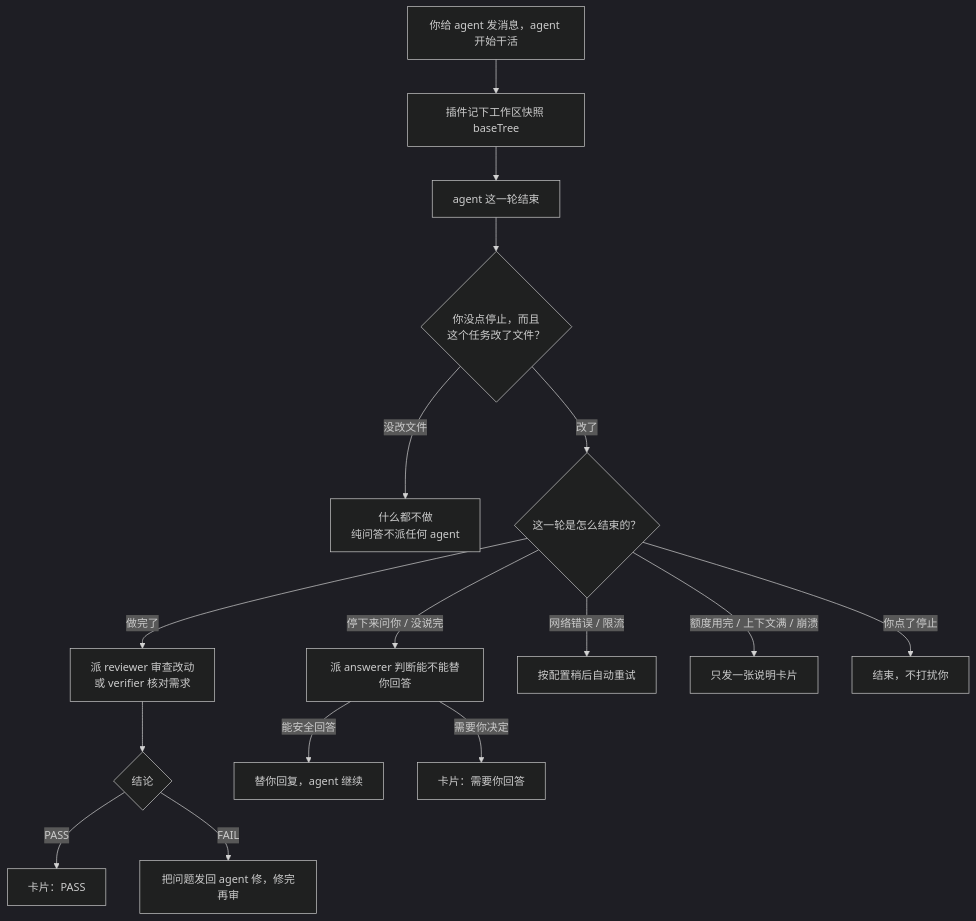
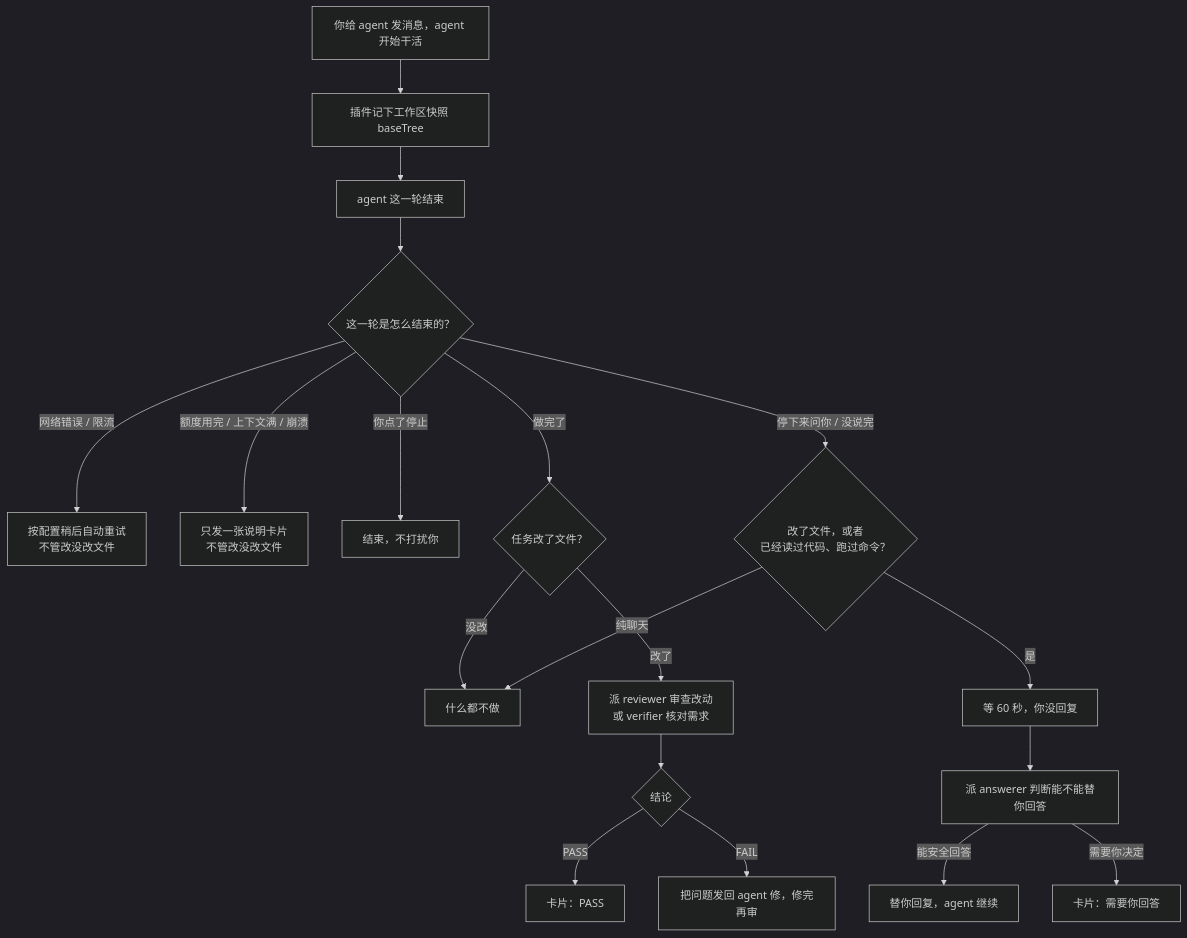
One commit to XUJiahua/paseo-post-turn-gate-plugin changed the first of 12 diagrams in docs/workflow.md. Above: the diagram before and after it, drawn with Mermaid (dark theme). The commit also changed other lines of this file and 15 other files, not shown here.

````diff
--- a/docs/workflow.md
+++ b/docs/workflow.md
@@ -20,18 +20,21 @@
 ```mermaid
 flowchart TD
   A[你给 agent 发消息，agent 开始干活] --> B[插件记下工作区快照 baseTree]
   B --> C[agent 这一轮结束]
-  C --> C1{"你没点停止，而且<br/>这个任务改了文件？"}
-  C1 -- 没改文件 --> N[什么都不做<br/>纯问答不派任何 agent]
-  C1 -- 改了 --> D{这一轮是怎么结束的？}
-  D -- 做完了 --> R[派 reviewer 审查改动<br/>或 verifier 核对需求]
-  D -- 停下来问你 / 没说完 --> Q[派 answerer 判断能不能替你回答]
-  D -- 网络错误 / 限流 --> T[按配置稍后自动重试]
-  D -- 额度用完 / 上下文满 / 崩溃 --> X[只发一张说明卡片]
+  C --> D{这一轮是怎么结束的？}
+  D -- 网络错误 / 限流 --> T[按配置稍后自动重试<br/>不管改没改文件]
+  D -- 额度用完 / 上下文满 / 崩溃 --> X[只发一张说明卡片<br/>不管改没改文件]
   D -- 你点了停止 --> S[结束，不打扰你]
+  D -- 做完了 --> C1{任务改了文件？}
+  C1 -- 没改 --> N[什么都不做]
+  C1 -- 改了 --> R[派 reviewer 审查改动<br/>或 verifier 核对需求]
+  D -- 停下来问你 / 没说完 --> C2{"改了文件，或者<br/>已经读过代码、跑过命令？"}
+  C2 -- 纯聊天 --> N
+  C2 -- 是 --> W[等 60 秒，你没回复]
+  W --> Q[派 answerer 判断能不能替你回答]
   R --> V{结论}
   V -- PASS --> P[卡片：PASS]
   V -- FAIL --> F[把问题发回 agent 修，修完再审]
   Q -- 能安全回答 --> AQ[替你回复，agent 继续]
   Q -- 需要你决定 --> U[卡片：需要你回答]
 ```
````
